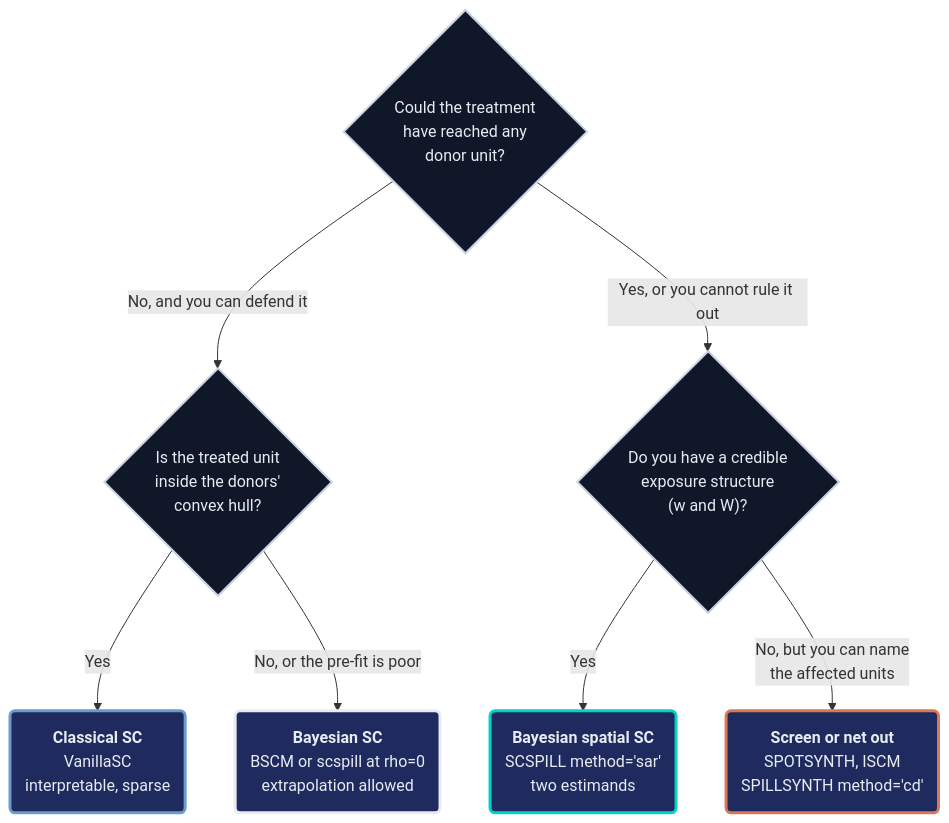
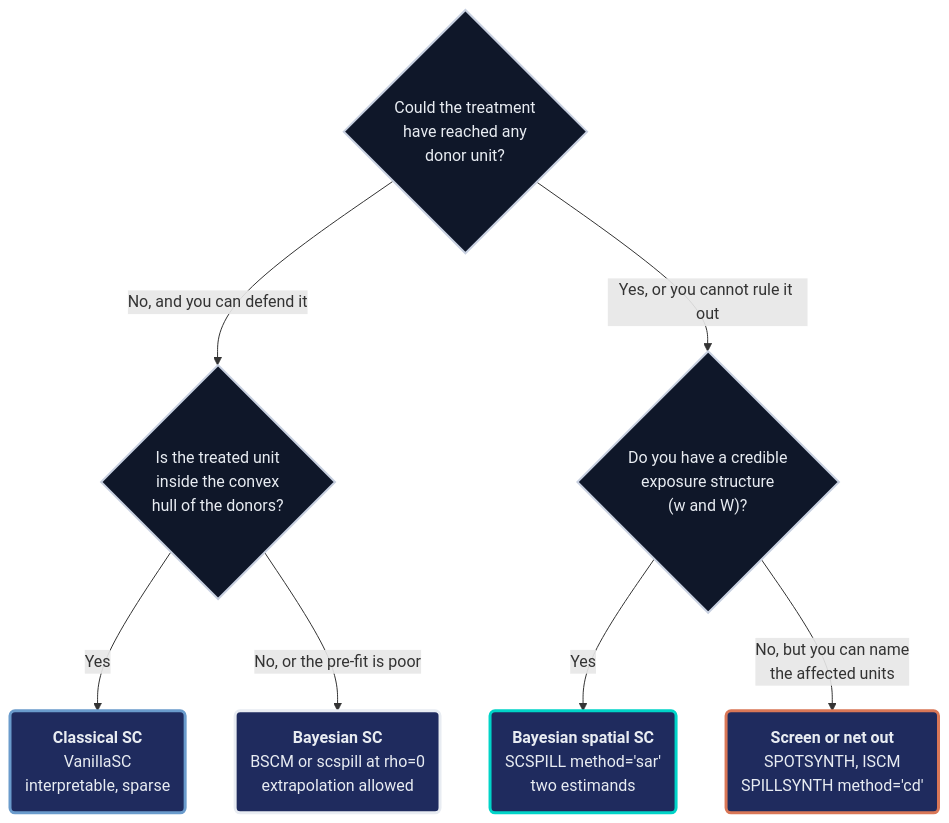
Before and after one commit to cmg777/starter-academic-v501: the fourth of 4 diagrams in content/tutorials/python_sc_bayes_spatial/index.md, drawn with Mermaid. The commit also changed other lines of this file and 1 other file, not shown here.

````diff
--- a/content/tutorials/python_sc_bayes_spatial/index.md
+++ b/content/tutorials/python_sc_bayes_spatial/index.md
@@ -1567,24 +1732,24 @@
 ```mermaid
 graph TD
     Q1{"Could the treatment<br/>have reached any<br/>donor unit?"}
-    Q1 -->|"No, and you can defend it"| Q2{"Is the treated unit<br/>inside the donors'<br/>convex hull?"}
+    Q1 -->|"No, and you can defend it"| Q2{"Is the treated unit<br/>inside the convex<br/>hull of the donors?"}
     Q1 -->|"Yes, or you cannot rule it out"| Q3{"Do you have a credible<br/>exposure structure<br/>(w and W)?"}
     Q2 -->|Yes| SC("<b>Classical SC</b><br/>VanillaSC<br/>interpretable, sparse")
     Q2 -->|"No, or the pre-fit is poor"| BSC("<b>Bayesian SC</b><br/>BSCM or scspill at rho=0<br/>extrapolation allowed")
     Q3 -->|Yes| SAR("<b>Bayesian spatial SC</b><br/>SCSPILL method='sar'<br/>two estimands")
     Q3 -->|"No, but you can name<br/>the affected units"| ALT("<b>Screen or net out</b><br/>SPOTSYNTH, ISCM<br/>SPILLSYNTH method='cd'")
     classDef sty_Q1 fill:#0f1729,stroke:#c8d0e0,stroke-width:2px,color:#e8ecf2
     class Q1 sty_Q1
     classDef sty_Q2 fill:#0f1729,stroke:#c8d0e0,stroke-width:2px,color:#e8ecf2
     class Q2 sty_Q2
     classDef sty_Q3 fill:#0f1729,stroke:#c8d0e0,stroke-width:2px,color:#e8ecf2
     class Q3 sty_Q3
     classDef blue fill:#1f2b5e,stroke:#6a9bcc,stroke-width:3px,color:#e8ecf2
     classDef key fill:#1f2b5e,stroke:#e8ecf2,stroke-width:3px,color:#e8ecf2
     classDef teal fill:#1f2b5e,stroke:#00d4c8,stroke-width:3px,color:#e8ecf2
     classDef orange fill:#1f2b5e,stroke:#d97757,stroke-width:3px,color:#e8ecf2
     class SC blue
     class BSC key
     class SAR teal
     class ALT orange
 ```
````
